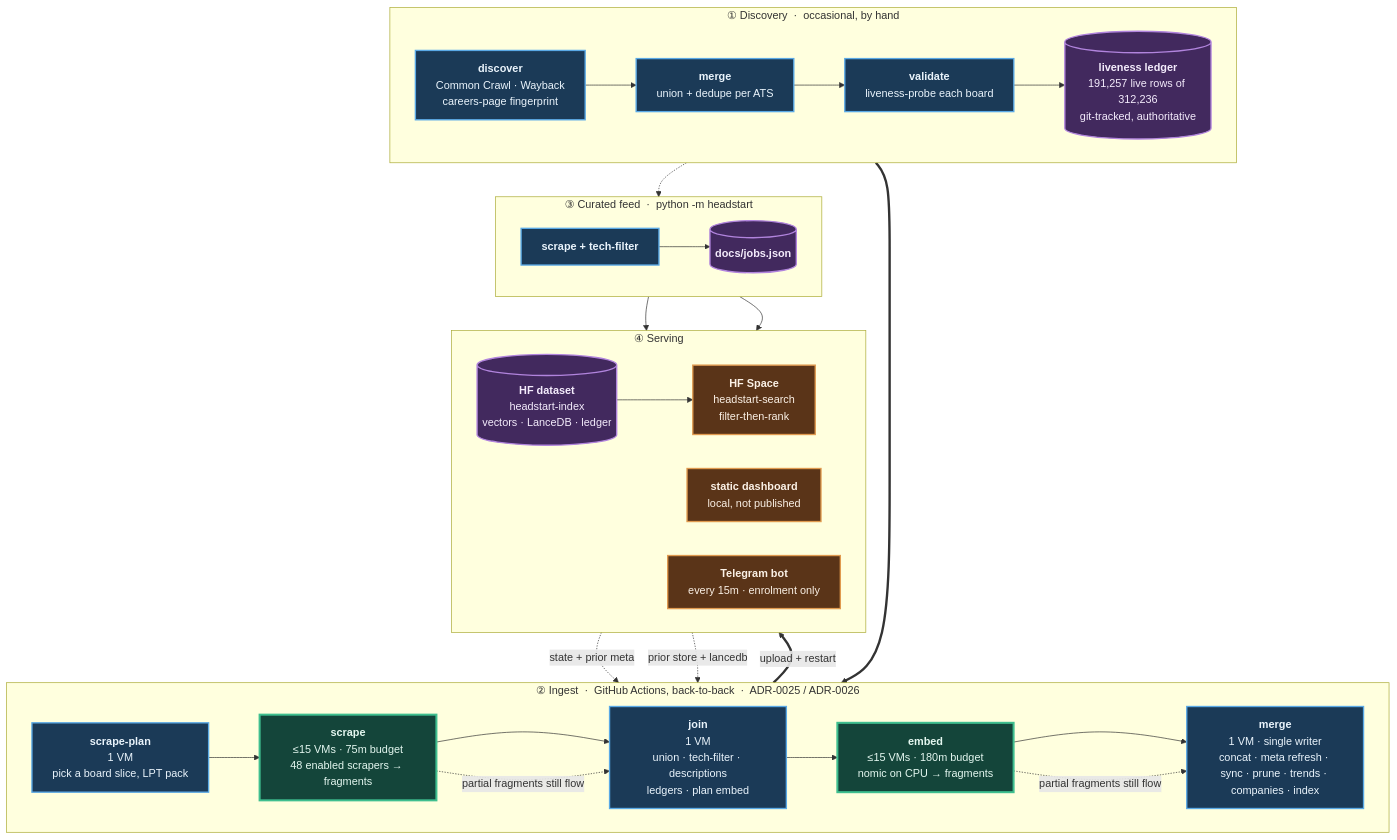
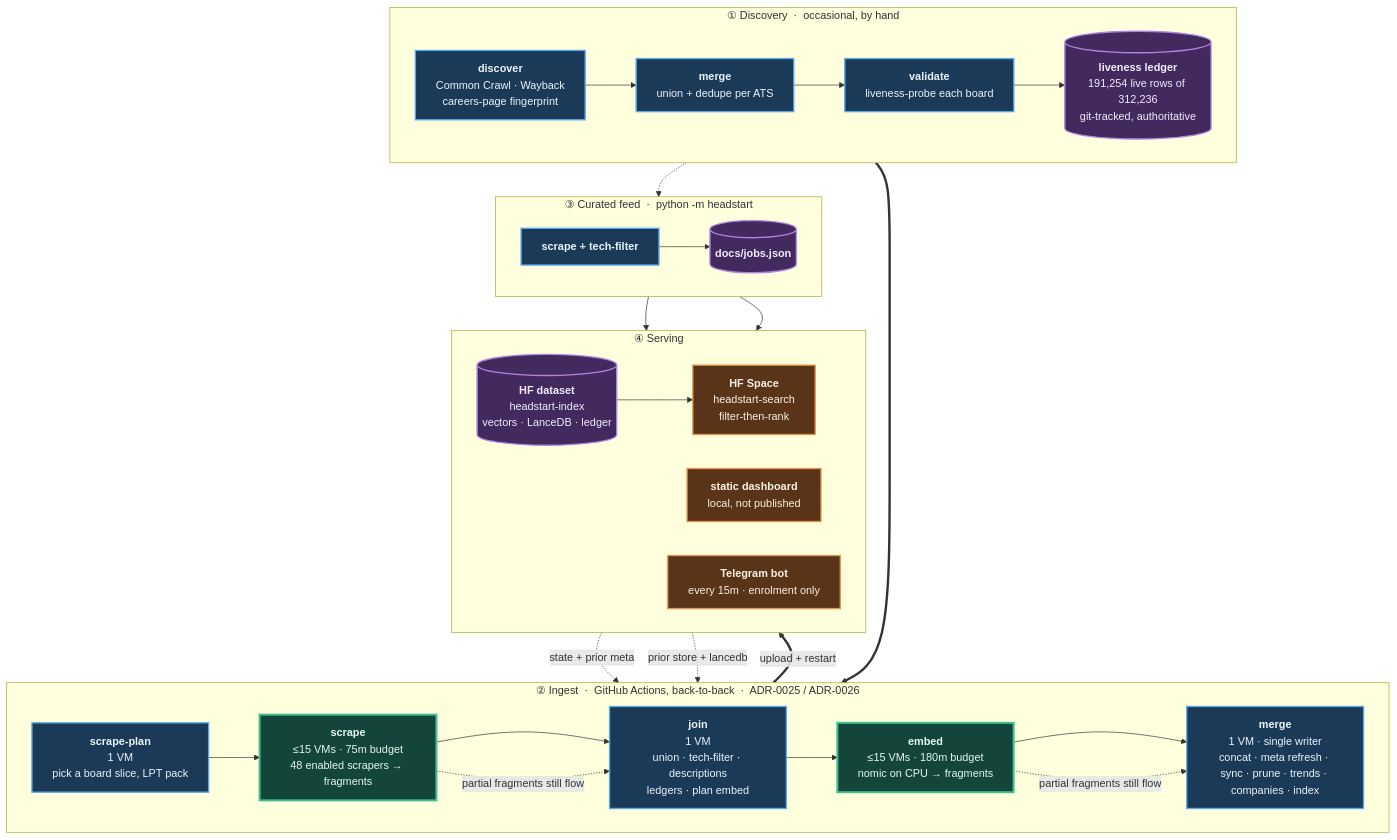
The diagram in README.md (sarthakjain004/headstart), drawn with Mermaid before and after one commit. The commit also changed other lines of this file and 4 other files, not shown here.

````diff
--- a/README.md
+++ b/README.md
@@ -183,56 +183,56 @@
 ```mermaid
 flowchart TB
     subgraph D["① Discovery &nbsp;·&nbsp; occasional, by hand"]
         direction LR
         D1["<b>discover</b><br/>Common Crawl · Wayback<br/>careers-page fingerprint"]
         D2["<b>merge</b><br/>union + dedupe per ATS"]
         D3["<b>validate</b><br/>liveness-probe each board"]
-        D4[("<b>liveness ledger</b><br/>191,257 live rows of 312,236<br/>git-tracked, authoritative")]
+        D4[("<b>liveness ledger</b><br/>191,254 live rows of 312,236<br/>git-tracked, authoritative")]
         D1 --> D2 --> D3 --> D4
     end
 
     subgraph P["② Ingest &nbsp;·&nbsp; GitHub Actions, back-to-back &nbsp;·&nbsp; ADR-0025 / ADR-0026"]
         direction LR
         P1["<b>scrape-plan</b><br/>1 VM<br/>pick a board slice, LPT pack"]
         P2["<b>scrape</b><br/>≤15 VMs · 75m budget<br/>48 enabled scrapers → fragments"]
         P3["<b>join</b><br/>1 VM<br/>union · tech-filter · descriptions<br/>ledgers · plan embed"]
         P4["<b>embed</b><br/>≤15 VMs · 180m budget<br/>nomic on CPU → fragments"]
         P5["<b>merge</b><br/>1 VM · single writer<br/>concat · meta refresh · sync · prune · trends · companies · index"]
         P1 --> P2 --> P3 --> P4 --> P5
     end
 
     subgraph F["③ Curated feed &nbsp;·&nbsp; python -m headstart"]
         direction LR
         F1["<b>scrape + tech-filter</b>"]
         F2[("<b>docs/jobs.json</b>")]
         F1 --> F2
     end
 
     subgraph S["④ Serving"]
         direction LR
         S1[("<b>HF dataset</b><br/>headstart-index<br/>vectors · LanceDB · ledger")]
         S2["<b>HF Space</b><br/>headstart-search<br/>filter-then-rank"]
         S3["<b>static dashboard</b><br/>local, not published"]
         S4["<b>Telegram bot</b><br/>every 15m · enrolment only"]
         S1 --> S2
     end
 
     D4 ==> P1
     S1 -. "state + prior meta" .-> P1
     S1 -. "prior store + lancedb" .-> P5
     D4 -.-> F1
     P5 ==>|"upload + restart"| S1
     F2 --> S3
     F2 --> S4
     P2 -. "partial fragments still flow" .-> P3
     P4 -. "partial fragments still flow" .-> P5
 
     classDef serial fill:#1b3a57,stroke:#5aa9e6,stroke-width:2px,color:#eaf4fc
     classDef fan fill:#14453a,stroke:#3fbf8f,stroke-width:3px,color:#e4f7f0
     classDef store fill:#42295e,stroke:#b184dd,stroke-width:2px,color:#f4ecfc
     classDef serve fill:#5a3418,stroke:#e09a4f,stroke-width:2px,color:#fbf1e6
     class D1,D2,D3,P1,P3,P5,F1 serial
     class P2,P4 fan
     class D4,F2,S1 store
     class S2,S3,S4 serve
 ```
````
